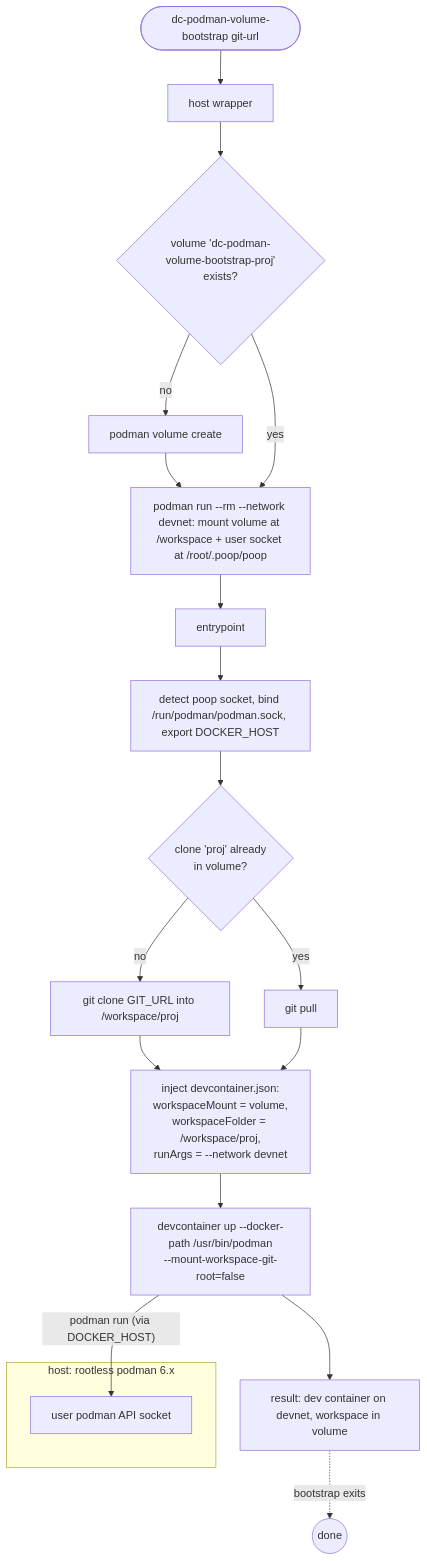
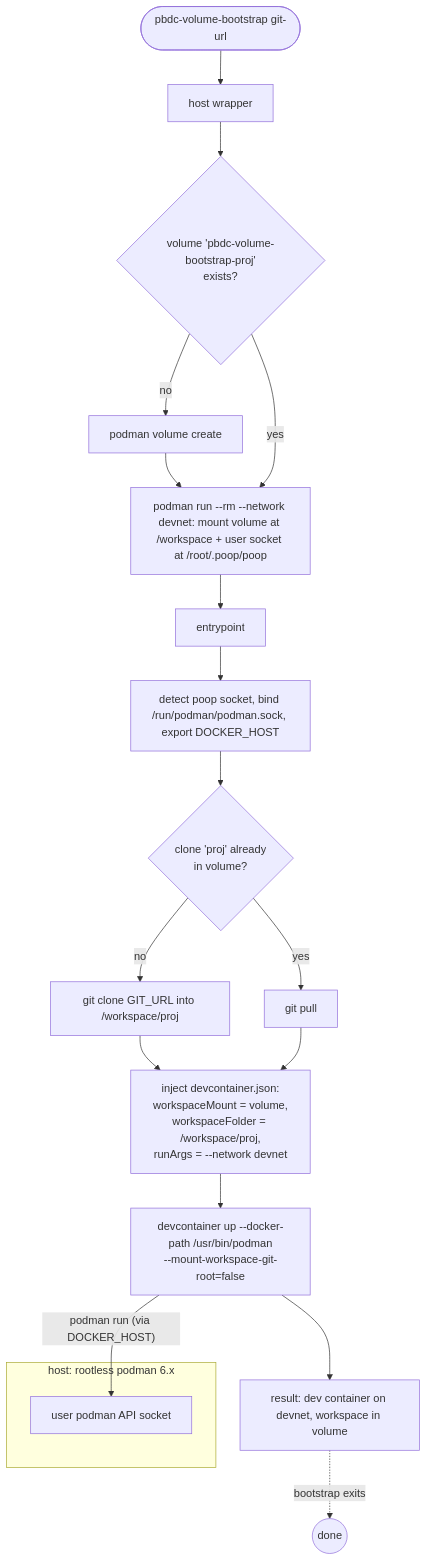
The diagram in docs/architecture/README.en.md (4ld4z4b4l/pbdc-volume-bootstrap), drawn with Mermaid before and after one commit. The commit also changed other lines of this file and 22 other files, not shown here.

````diff
--- a/docs/architecture/README.en.md
+++ b/docs/architecture/README.en.md
@@ -5,26 +5,26 @@
 ```mermaid
 flowchart TD
-    U(["dc-podman-volume-bootstrap git-url"]) --> W["host wrapper"]
-    W --> Q{"volume 'dc-podman-volume-bootstrap-proj'<br/>exists?"}
+    U(["pbdc-volume-bootstrap git-url"]) --> W["host wrapper"]
+    W --> Q{"volume 'pbdc-volume-bootstrap-proj'<br/>exists?"}
     Q -- "no" --> VC["podman volume create"]
     VC --> R
     Q -- "yes" --> R
 
     subgraph HOST ["host: rootless podman 6.x"]
         SOCK["user podman API socket"]
     end
 
     R["podman run --rm --network devnet: mount volume at /workspace + user socket at /root/.poop/poop"]
     R --> E["entrypoint"]
     E --> D["detect poop socket, bind /run/podman/podman.sock, export DOCKER_HOST"]
     D --> G{"clone 'proj' already<br/>in volume?"}
     G -- "no" --> CLONE["git clone GIT_URL into /workspace/proj"]
     G -- "yes" --> PULL["git pull"]
     CLONE --> INJ
     PULL --> INJ
     INJ["inject devcontainer.json:<br/>workspaceMount = volume,<br/>workspaceFolder = /workspace/proj,<br/>runArgs = --network devnet"]
     INJ --> UP["devcontainer up --docker-path /usr/bin/podman<br/>--mount-workspace-git-root=false"]
     UP -->|"podman run (via DOCKER_HOST)"| SOCK
     UP --> RESULT["result: dev container on devnet, workspace in volume"]
     RESULT -. "bootstrap exits" .-> X(("done"))
 ```
````
